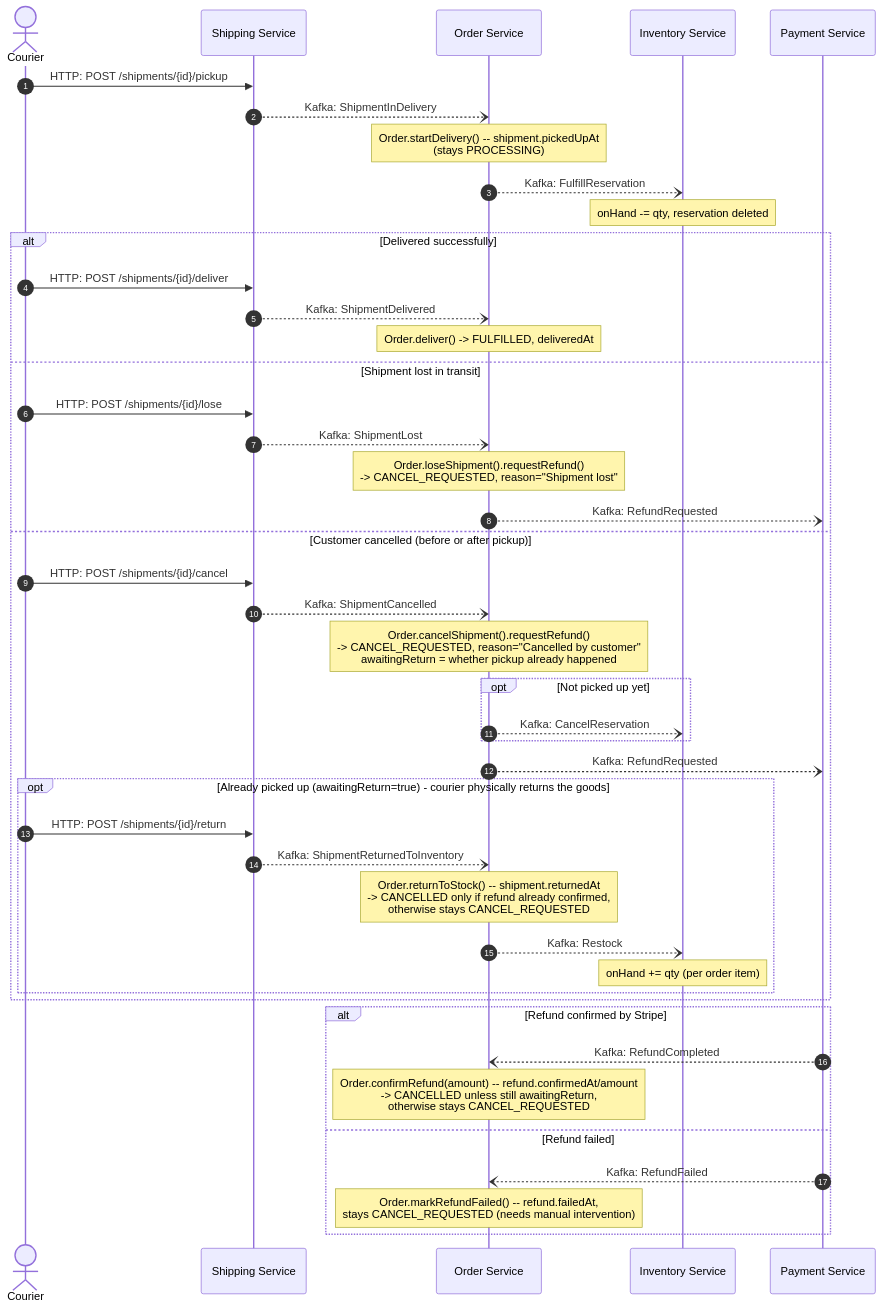
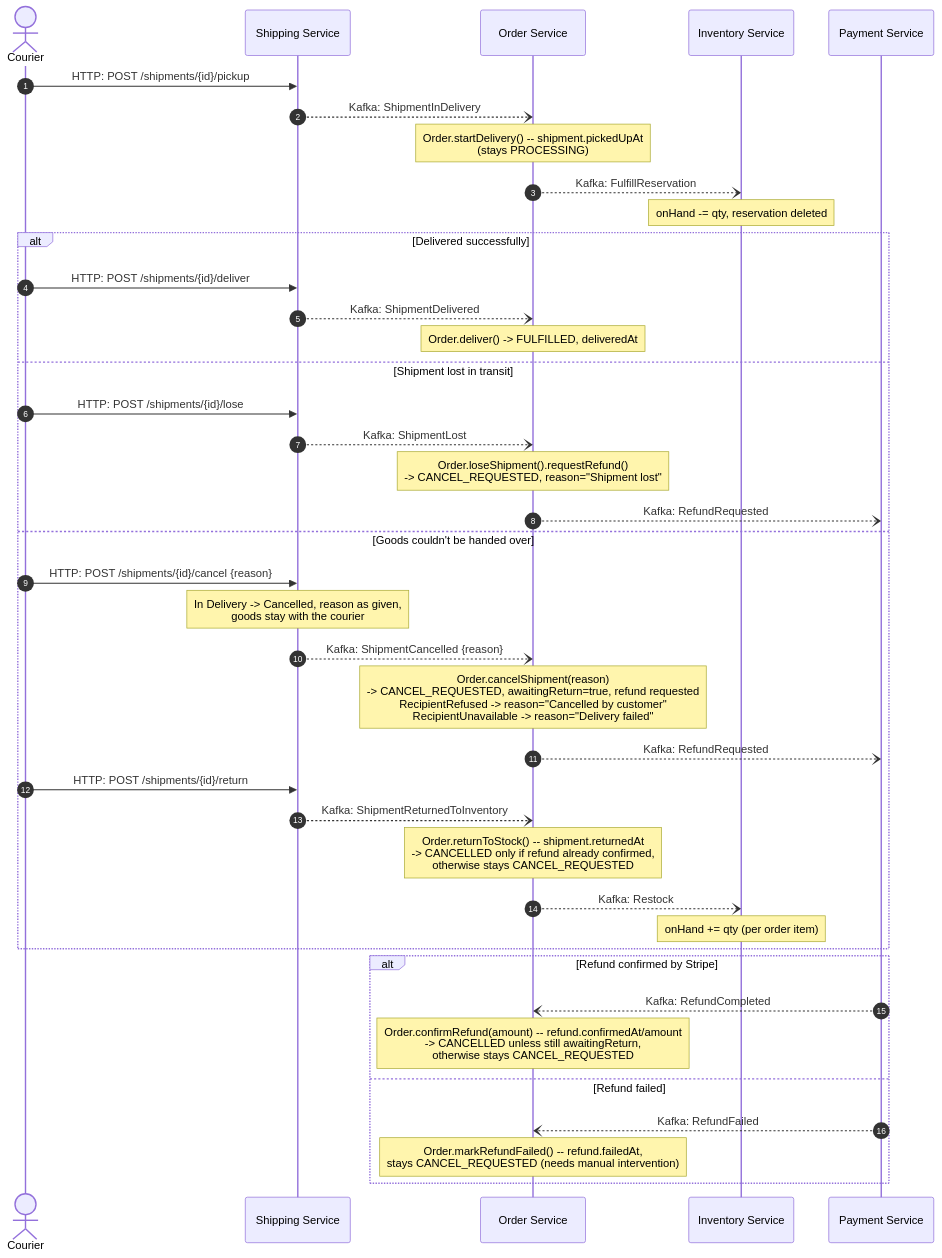
Before and after one commit to ihorhartmann/E-commerce-App: the fourth of 5 diagrams in docs/order_saga.md, drawn with Mermaid. The commit also changed other lines of this file and 62 other files, not shown here.

````diff
--- a/docs/order_saga.md
+++ b/docs/order_saga.md
@@ -131,52 +146,48 @@
 ```mermaid
 sequenceDiagram
     autonumber
     actor C as Courier
     participant Sh as Shipping Service
     participant O as Order Service
     participant I as Inventory Service
     participant P as Payment Service
 
     C->>Sh: HTTP: POST /shipments/{id}/pickup
     Sh--)O: Kafka: ShipmentInDelivery
     Note over O: Order.startDelivery() -- shipment.pickedUpAt<br/>(stays PROCESSING)
     O--)I: Kafka: FulfillReservation
     Note over I: onHand -= qty, reservation deleted
 
     alt Delivered successfully
         C->>Sh: HTTP: POST /shipments/{id}/deliver
         Sh--)O: Kafka: ShipmentDelivered
         Note over O: Order.deliver() -> FULFILLED, deliveredAt
 
     else Shipment lost in transit
         C->>Sh: HTTP: POST /shipments/{id}/lose
         Sh--)O: Kafka: ShipmentLost
         Note over O: Order.loseShipment().requestRefund()<br/>-> CANCEL_REQUESTED, reason="Shipment lost"
         O--)P: Kafka: RefundRequested
 
-    else Customer cancelled (before or after pickup)
-        C->>Sh: HTTP: POST /shipments/{id}/cancel
-        Sh--)O: Kafka: ShipmentCancelled
-        Note over O: Order.cancelShipment().requestRefund()<br/>-> CANCEL_REQUESTED, reason="Cancelled by customer"<br/>awaitingReturn = whether pickup already happened
-        opt Not picked up yet
-            O--)I: Kafka: CancelReservation
-        end
+    else Goods couldn't be handed over
+        C->>Sh: HTTP: POST /shipments/{id}/cancel {reason}
+        Note over Sh: In Delivery -> Cancelled, reason as given,<br/>goods stay with the courier
+        Sh--)O: Kafka: ShipmentCancelled {reason}
+        Note over O: Order.cancelShipment(reason)<br/>-> CANCEL_REQUESTED, awaitingReturn=true, refund requested<br/>RecipientRefused -> reason="Cancelled by customer"<br/>RecipientUnavailable -> reason="Delivery failed"
         O--)P: Kafka: RefundRequested
 
-        opt Already picked up (awaitingReturn=true) - courier physically returns the goods
-            C->>Sh: HTTP: POST /shipments/{id}/return
-            Sh--)O: Kafka: ShipmentReturnedToInventory
-            Note over O: Order.returnToStock() -- shipment.returnedAt<br/>-> CANCELLED only if refund already confirmed,<br/>otherwise stays CANCEL_REQUESTED
-            O--)I: Kafka: Restock
-            Note over I: onHand += qty (per order item)
-        end
+        C->>Sh: HTTP: POST /shipments/{id}/return
+        Sh--)O: Kafka: ShipmentReturnedToInventory
+        Note over O: Order.returnToStock() -- shipment.returnedAt<br/>-> CANCELLED only if refund already confirmed,<br/>otherwise stays CANCEL_REQUESTED
+        O--)I: Kafka: Restock
+        Note over I: onHand += qty (per order item)
     end
 
     alt Refund confirmed by Stripe
         P--)O: Kafka: RefundCompleted
         Note over O: Order.confirmRefund(amount) -- refund.confirmedAt/amount<br/>-> CANCELLED unless still awaitingReturn,<br/>otherwise stays CANCEL_REQUESTED
     else Refund failed
         P--)O: Kafka: RefundFailed
         Note over O: Order.markRefundFailed() -- refund.failedAt,<br/>stays CANCEL_REQUESTED (needs manual intervention)
     end
 ```
````
